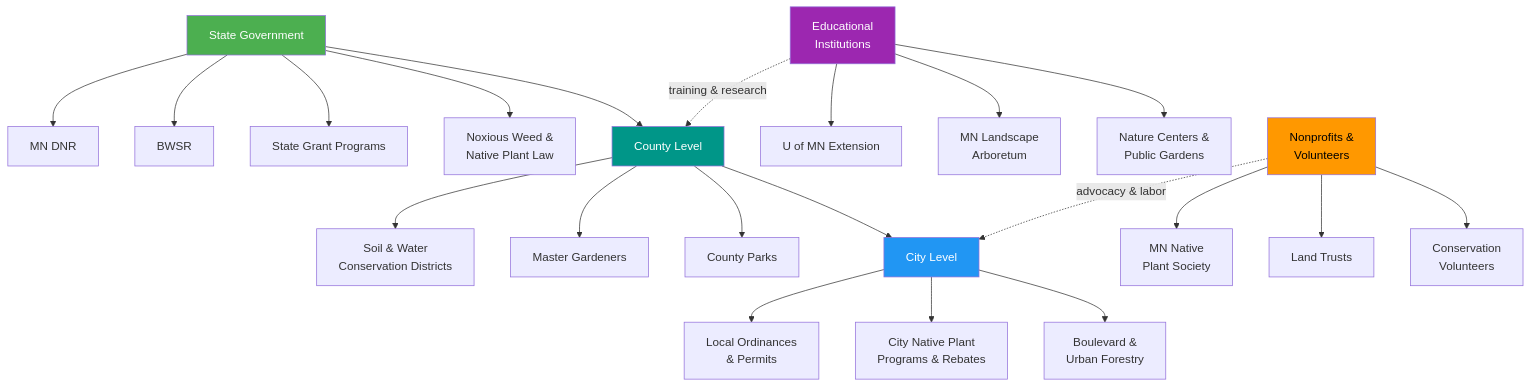
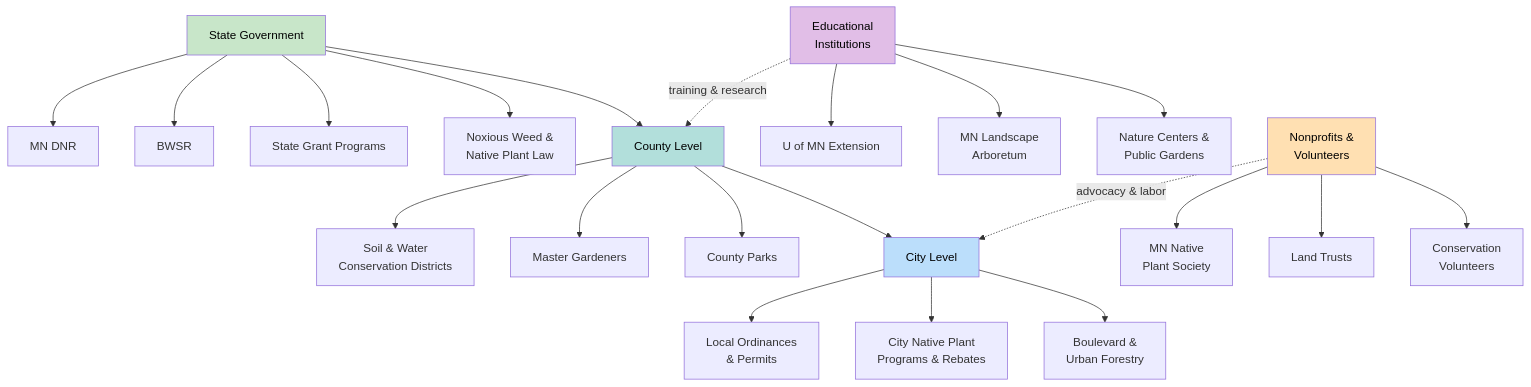
One commit to arunbatchu/minnesota-native-plants changed the second of 2 diagrams in docs/chapters/14-minnesota-resources/index.md. Above: the diagram before and after it, drawn with Mermaid. The commit also changed other lines of this file and 10 other files, not shown here.

First line of the commit message:
Switch Mermaid diagrams to pastel palette — black text on light backgrounds

````diff
--- a/docs/chapters/14-minnesota-resources/index.md
+++ b/docs/chapters/14-minnesota-resources/index.md
@@ -454,34 +454,34 @@
 ```mermaid
 graph TD
     A["State Government"] --> B["MN DNR"]
     A --> C["BWSR"]
     A --> D["State Grant Programs"]
     A --> E["Noxious Weed &<br>Native Plant Law"]
 
     F["County Level"] --> G["Soil & Water<br>Conservation Districts"]
     F --> H["Master Gardeners"]
     F --> I["County Parks"]
 
     J["City Level"] --> K["Local Ordinances<br>& Permits"]
     J --> L["City Native Plant<br>Programs & Rebates"]
     J --> M["Boulevard &<br>Urban Forestry"]
 
     N["Educational<br>Institutions"] --> O["U of MN Extension"]
     N --> P["MN Landscape<br>Arboretum"]
     N --> Q["Nature Centers &<br>Public Gardens"]
 
     R["Nonprofits &<br>Volunteers"] --> S["MN Native<br>Plant Society"]
     R --> T["Land Trusts"]
     R --> U["Conservation<br>Volunteers"]
 
     A --> F
     F --> J
     N -.->|"training & research"| F
     R -.->|"advocacy & labor"| J
 
-    style A fill:#4CAF50,color:#fff
-    style F fill:#009688,color:#fff
-    style J fill:#2196F3,color:#fff
-    style N fill:#9C27B0,color:#fff
-    style R fill:#FF9800,color:#000
+    style A fill:#C8E6C9,color:#000
+    style F fill:#B2DFDB,color:#000
+    style J fill:#BBDEFB,color:#000
+    style N fill:#E1BEE7,color:#000
+    style R fill:#FFE0B2,color:#000
 ```
````
